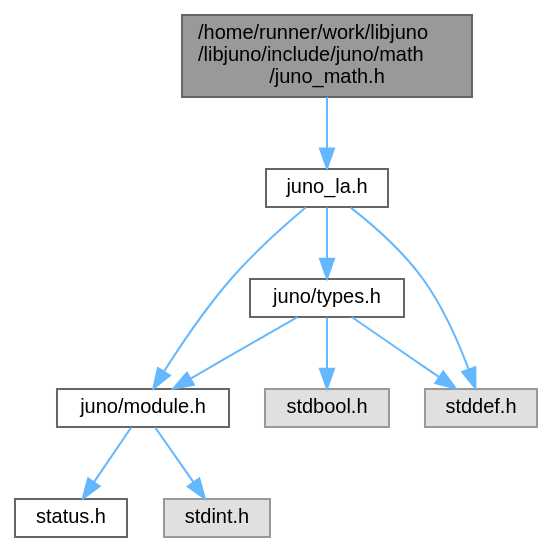
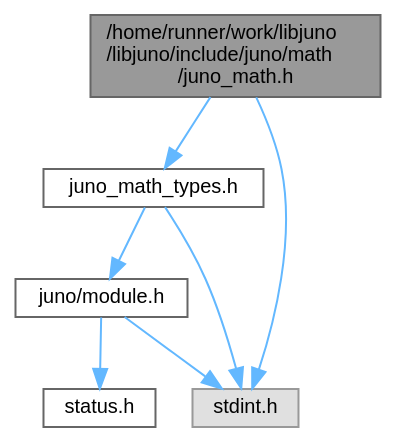
Before and after one commit to robinonsay/libjuno: the diagram in juno__math_8h__incl.dot, drawn with Graphviz. The commit also changed 283 other files, not shown here.

```diff
--- a/juno__math_8h__incl.dot
+++ b/juno__math_8h__incl.dot
@@ -1,24 +1,18 @@
 digraph "/home/runner/work/libjuno/libjuno/include/juno/math/juno_math.h"
 {
  // LATEX_PDF_SIZE
   bgcolor="transparent";
   edge [fontname=Helvetica,fontsize=10,labelfontname=Helvetica,labelfontsize=10];
   node [fontname=Helvetica,fontsize=10,shape=box,height=0.2,width=0.4];
   Node1 [id="Node000001",label="/home/runner/work/libjuno\l/libjuno/include/juno/math\l/juno_math.h",height=0.2,width=0.4,color="gray40", fillcolor="grey60", style="filled", fontcolor="black",tooltip=" "];
   Node1 -> Node2 [id="edge1_Node000001_Node000002",color="steelblue1",style="solid",tooltip=" "];
-  Node2 [id="Node000002",label="juno_la.h",height=0.2,width=0.4,color="grey40", fillcolor="white", style="filled",URL="$juno__la_8h.html",tooltip=" "];
+  Node2 [id="Node000002",label="juno_math_types.h",height=0.2,width=0.4,color="grey40", fillcolor="white", style="filled",URL="$juno__math__types_8h.html",tooltip=" "];
   Node2 -> Node3 [id="edge2_Node000002_Node000003",color="steelblue1",style="solid",tooltip=" "];
   Node3 [id="Node000003",label="juno/module.h",height=0.2,width=0.4,color="grey40", fillcolor="white", style="filled",URL="$module_8h.html",tooltip=" "];
   Node3 -> Node4 [id="edge3_Node000003_Node000004",color="steelblue1",style="solid",tooltip=" "];
   Node4 [id="Node000004",label="status.h",height=0.2,width=0.4,color="grey40", fillcolor="white", style="filled",URL="$status_8h.html",tooltip=" "];
   Node3 -> Node5 [id="edge4_Node000003_Node000005",color="steelblue1",style="solid",tooltip=" "];
   Node5 [id="Node000005",label="stdint.h",height=0.2,width=0.4,color="grey60", fillcolor="#E0E0E0", style="filled",tooltip=" "];
-  Node2 -> Node6 [id="edge5_Node000002_Node000006",color="steelblue1",style="solid",tooltip=" "];
-  Node6 [id="Node000006",label="juno/types.h",height=0.2,width=0.4,color="grey40", fillcolor="white", style="filled",URL="$types_8h.html",tooltip=" "];
-  Node6 -> Node3 [id="edge6_Node000006_Node000003",color="steelblue1",style="solid",tooltip=" "];
-  Node6 -> Node7 [id="edge7_Node000006_Node000007",color="steelblue1",style="solid",tooltip=" "];
-  Node7 [id="Node000007",label="stdbool.h",height=0.2,width=0.4,color="grey60", fillcolor="#E0E0E0", style="filled",tooltip=" "];
-  Node6 -> Node8 [id="edge8_Node000006_Node000008",color="steelblue1",style="solid",tooltip=" "];
-  Node8 [id="Node000008",label="stddef.h",height=0.2,width=0.4,color="grey60", fillcolor="#E0E0E0", style="filled",tooltip=" "];
-  Node2 -> Node8 [id="edge9_Node000002_Node000008",color="steelblue1",style="solid",tooltip=" "];
+  Node2 -> Node5 [id="edge5_Node000002_Node000005",color="steelblue1",style="solid",tooltip=" "];
+  Node1 -> Node5 [id="edge6_Node000001_Node000005",color="steelblue1",style="solid",tooltip=" "];
 }
```
